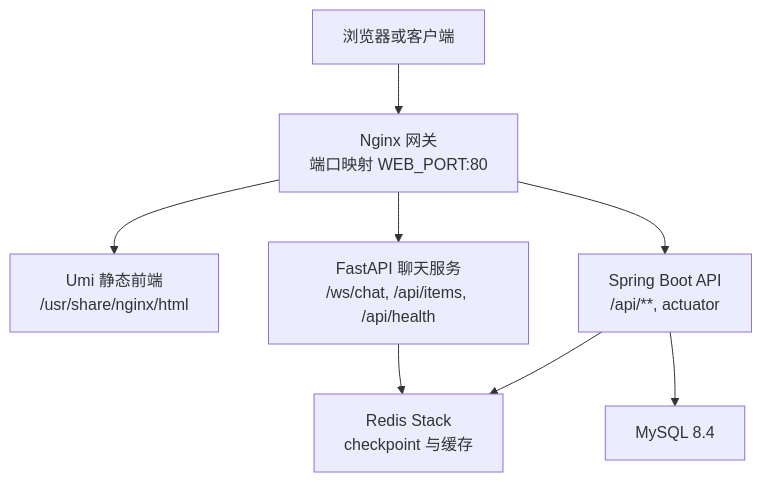
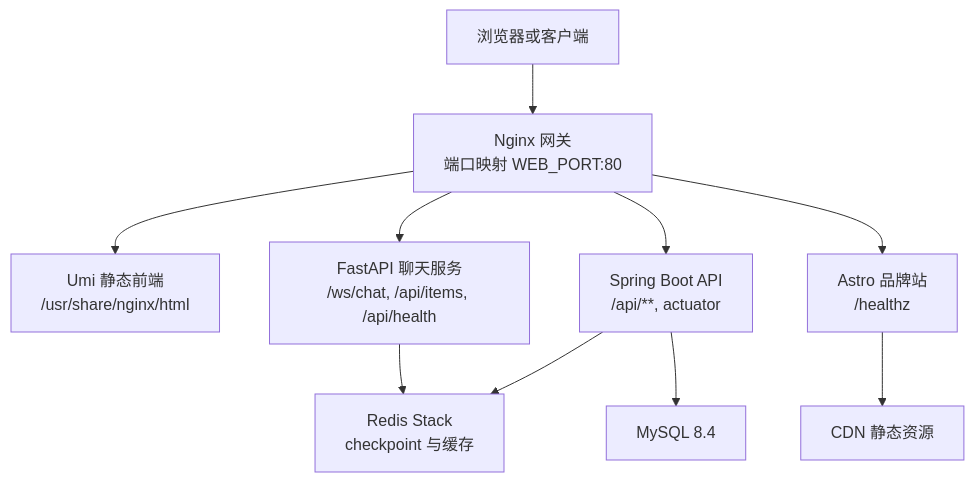
One commit to good-zheng/po changed the first of 7 diagrams in .qoder/repowiki/zh/content/部署与运维/部署与运维.md. Above: the diagram before and after it, drawn with Mermaid. The commit also changed other lines of this file and 40 other files, not shown here.

````diff
--- a/.qoder/repowiki/zh/content/部署与运维/部署与运维.md
+++ b/.qoder/repowiki/zh/content/部署与运维/部署与运维.md
@@ -41,10 +53,12 @@
 ```mermaid
 graph TB
 Client["浏览器或客户端"] --> Nginx["Nginx 网关<br/>端口映射 WEB_PORT:80"]
 Nginx --> WebStatic["Umi 静态前端<br/>/usr/share/nginx/html"]
 Nginx --> ChatWS["FastAPI 聊天服务<br/>/ws/chat, /api/items, /api/health"]
 Nginx --> ApiGW["Spring Boot API<br/>/api/**, actuator"]
+Nginx --> BrandSite["Astro 品牌站<br/>/healthz"]
 ChatWS --> Redis["Redis Stack<br/>checkpoint 与缓存"]
 ApiGW --> MySQL["MySQL 8.4"]
 ApiGW --> Redis
+BrandSite --> CDN["CDN 静态资源"]
 ```
````
